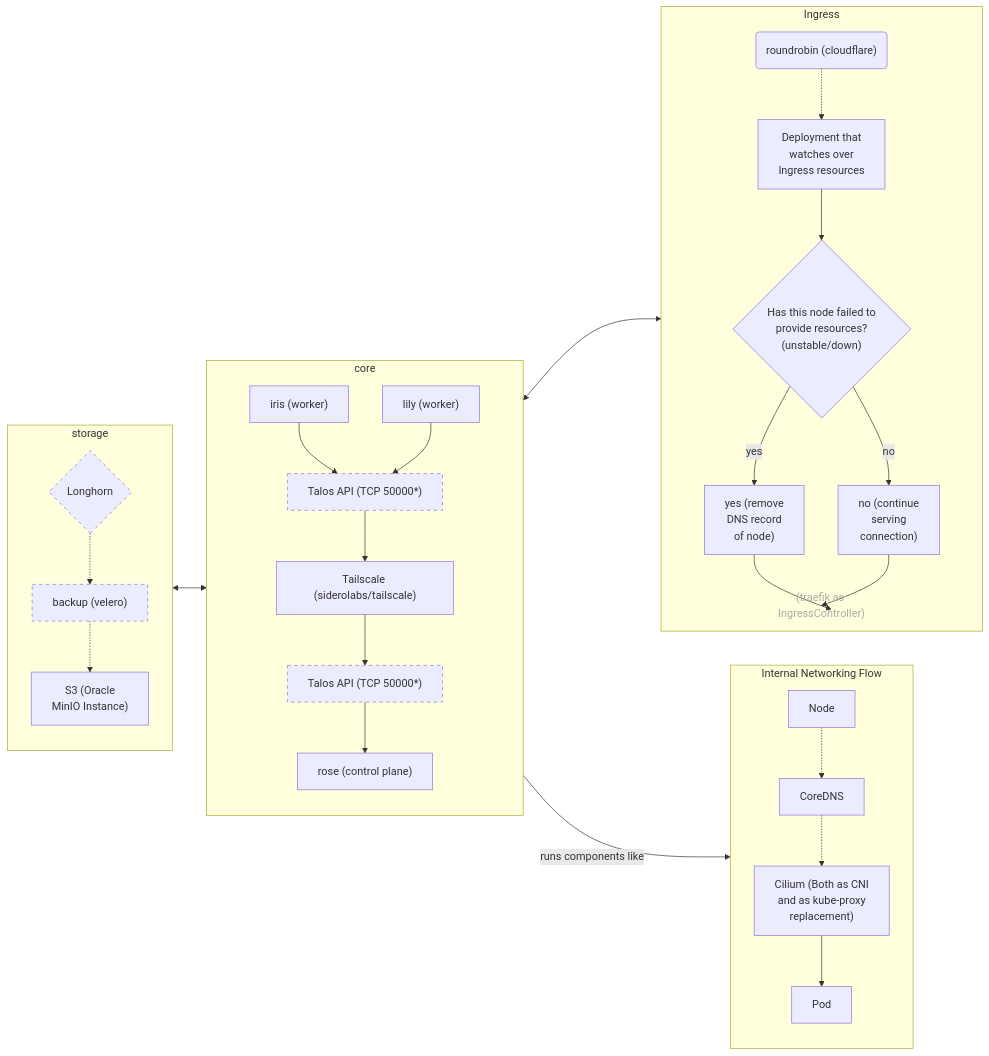
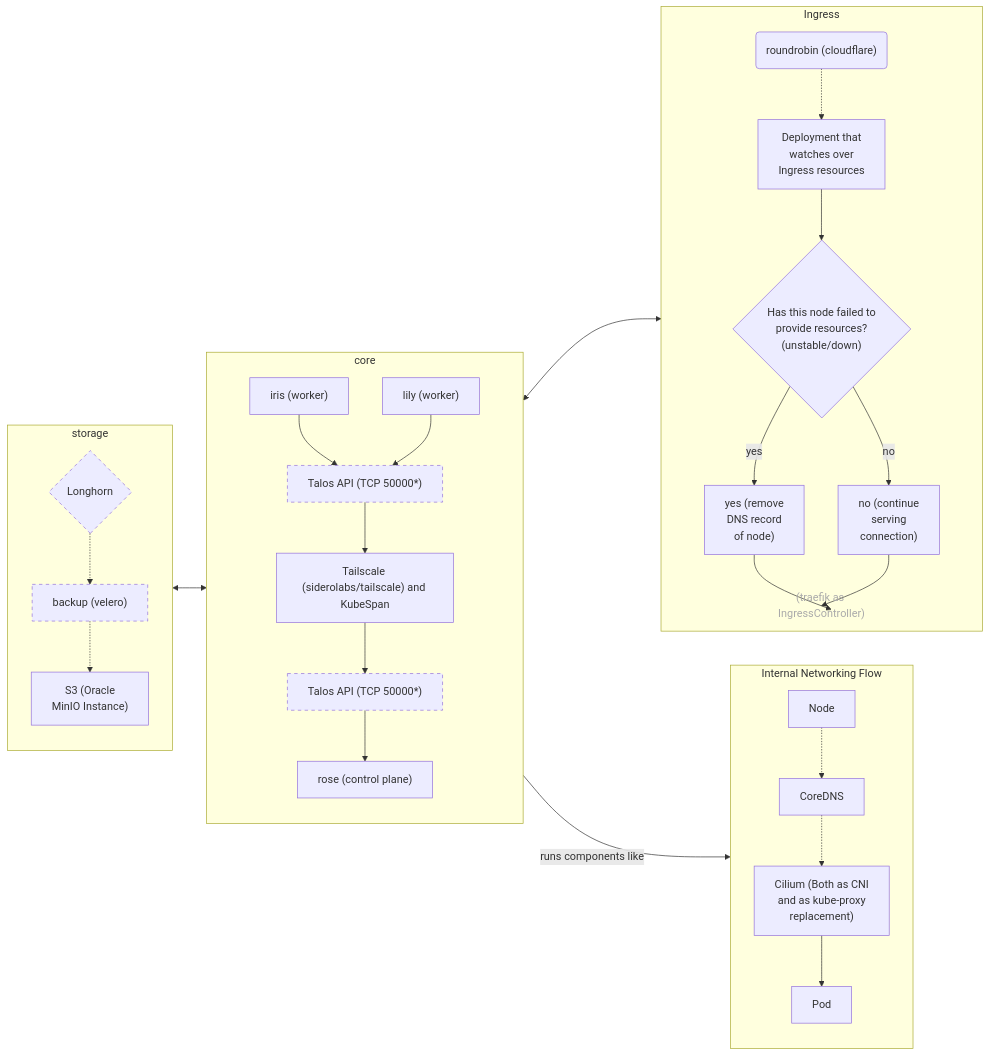
The diagram in README.md (bouquet2/bouquet2), drawn with Mermaid before and after one commit. The commit also changed other lines of this file, not shown here.

````diff
--- a/README.md
+++ b/README.md
@@ -83,74 +82,74 @@
 ```mermaid
 graph LR
     classDef dashed stroke-dasharray: 5 5, stroke-width:1px
     %% User Context:
     %% 1. [2025-04-10]. User knows Ansible
     %% - All nodes run Talos Linux
     %% - Will be multi-cloud
     %% - Will be expandable
     %% - hopefully be reproducible (fingers crossed)
     %% - velero might not happen depends on my wallet idk
 
     subgraph Core [core]
         direction TB
         core_rose["rose (control plane)"]
         core_talos_api_up["Talos API (TCP 50000*)"]:::dashed
-        core_tailscale["Tailscale (siderolabs/tailscale)"]
+        core_tailscale["Tailscale (siderolabs/tailscale) and KubeSpan"]
         core_talos_api_down["Talos API (TCP 50000*)"]:::dashed
         core_iris["iris (worker)"]
         core_lily["lily (worker)"]
         core_iris --> core_talos_api_down
         core_lily --> core_talos_api_down
         core_talos_api_down --> core_tailscale
         core_tailscale --> core_talos_api_up
         core_talos_api_up --> core_rose
     end
 
     subgraph Storage [storage]
         direction TB
         storage_longhorn{"Longhorn"}:::dashed
         %% Kept Longhorn as per original chart text
         storage_velero["backup (velero)"]:::dashed
         storage_s3["S3 (Oracle<br>MinIO Instance)"]
         storage_longhorn -.-> storage_velero
         storage_velero -.-> storage_s3
     end
 
     subgraph Ingress
         direction TB
         ingress_rr("roundrobin (cloudflare)")
         ingress_watcher["Deployment that<br>watches over<br>Ingress resources"]
         ingress_check{"Has this node failed to<br>provide resources?<br>(unstable/down)"}
         ingress_yes["yes (remove<br>DNS record<br>of node)"]
         ingress_no["no (continue<br>serving<br>connection)"]
         ingress_note(["(traefik as IngressController)"])
         style ingress_note fill:none,stroke:none,color:#aaa
         %% Make note less prominent
         ingress_rr -.-> ingress_watcher
         ingress_watcher --> ingress_check
         ingress_check -- yes --> ingress_yes
         ingress_check -- no --> ingress_no
         %% Place note loosely after decision
         ingress_yes --> ingress_note
         ingress_no --> ingress_note
     end
 
     subgraph InternalNetworking [Internal Networking Flow]
         direction TB
         int_net_node[Node]
         int_net_coredns[CoreDNS]
         int_net_cilium["Cilium (Both as CNI<br>and as kube-proxy<br>replacement)"]
         int_net_pod[Pod]
         %% Use dashed lines for first two hops as in the source image
         int_net_node -.-> int_net_coredns
         int_net_coredns -.-> int_net_cilium
         %% Use solid line for the last hop as in the source image
         int_net_cilium --> int_net_pod
     end
 
     %% Connections between subgraphs
     Storage <--> Core
     Core <--> Ingress
     %% Show that Internal Networking runs *within* the Core nodes and relates to Pods
     Core -- "runs components like" --> InternalNetworking
 ```
````
